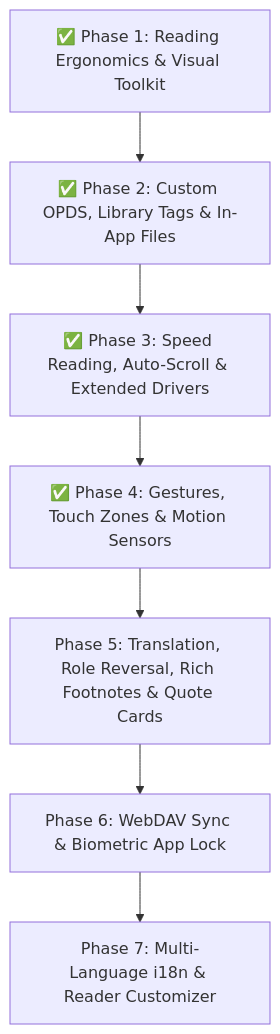
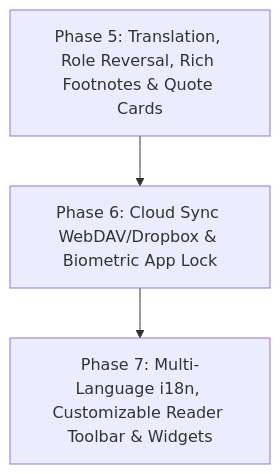
Before and after one commit to HawkdotDev/readr: the diagram in plan.md, drawn with Mermaid. The commit also changed other lines of this file, not shown here.

````diff
--- a/plan.md
+++ b/plan.md
@@ -51,9 +27,8 @@
 ```mermaid
 flowchart TD
-    Phase1[✅ Phase 1: Reading Ergonomics & Visual Toolkit] --> Phase2[✅ Phase 2: Custom OPDS, Library Tags & In-App Files]
-    Phase2 --> Phase3[✅ Phase 3: Speed Reading, Auto-Scroll & Extended Drivers]
-    Phase3 --> Phase4[✅ Phase 4: Gestures, Touch Zones & Motion Sensors]
-    Phase4 --> Phase5[Phase 5: Translation, Role Reversal, Rich Footnotes & Quote Cards]
-    Phase5 --> Phase6[Phase 6: WebDAV Sync & Biometric App Lock]
-    Phase6 --> Phase7[Phase 7: Multi-Language i18n & Reader Customizer]
+    Phase5[Phase 5: Translation, Role Reversal, Rich Footnotes & Quote Cards]
+    Phase6[Phase 6: Cloud Sync WebDAV/Dropbox & Biometric App Lock]
+    Phase7[Phase 7: Multi-Language i18n, Customizable Reader Toolbar & Widgets]
+
+    Phase5 --> Phase6 --> Phase7
 ```
````
